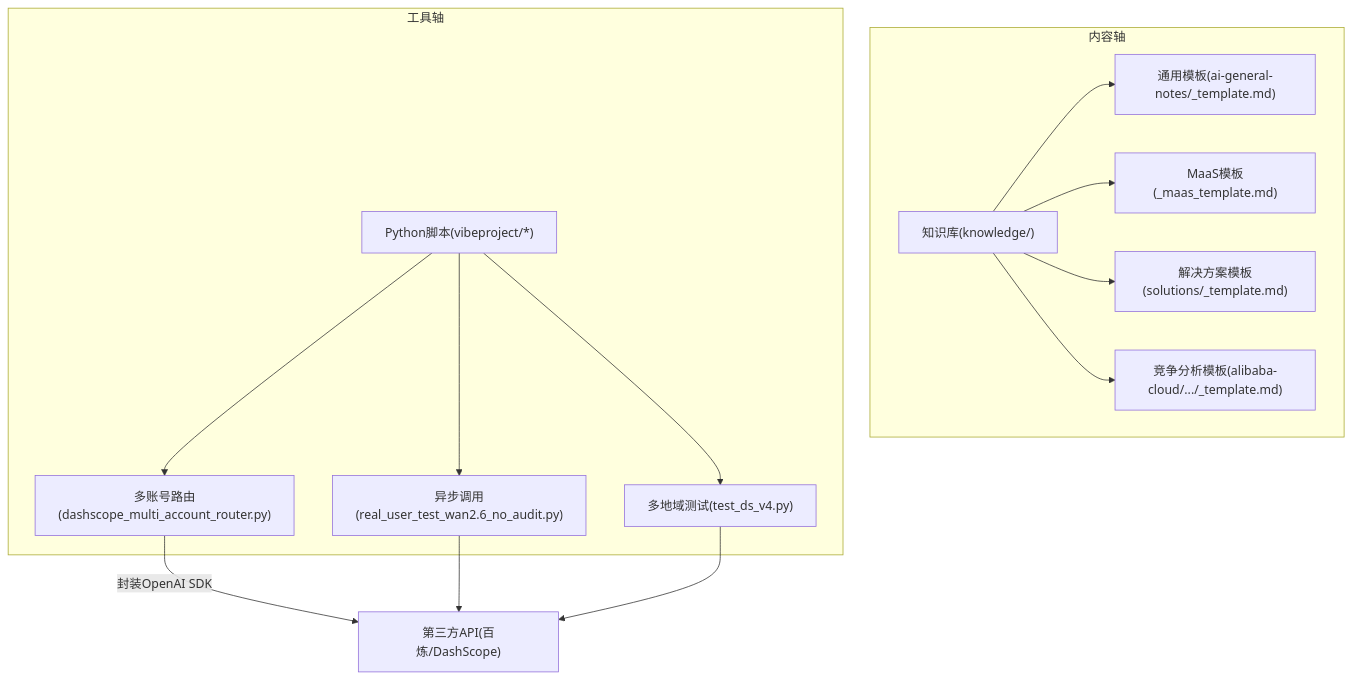
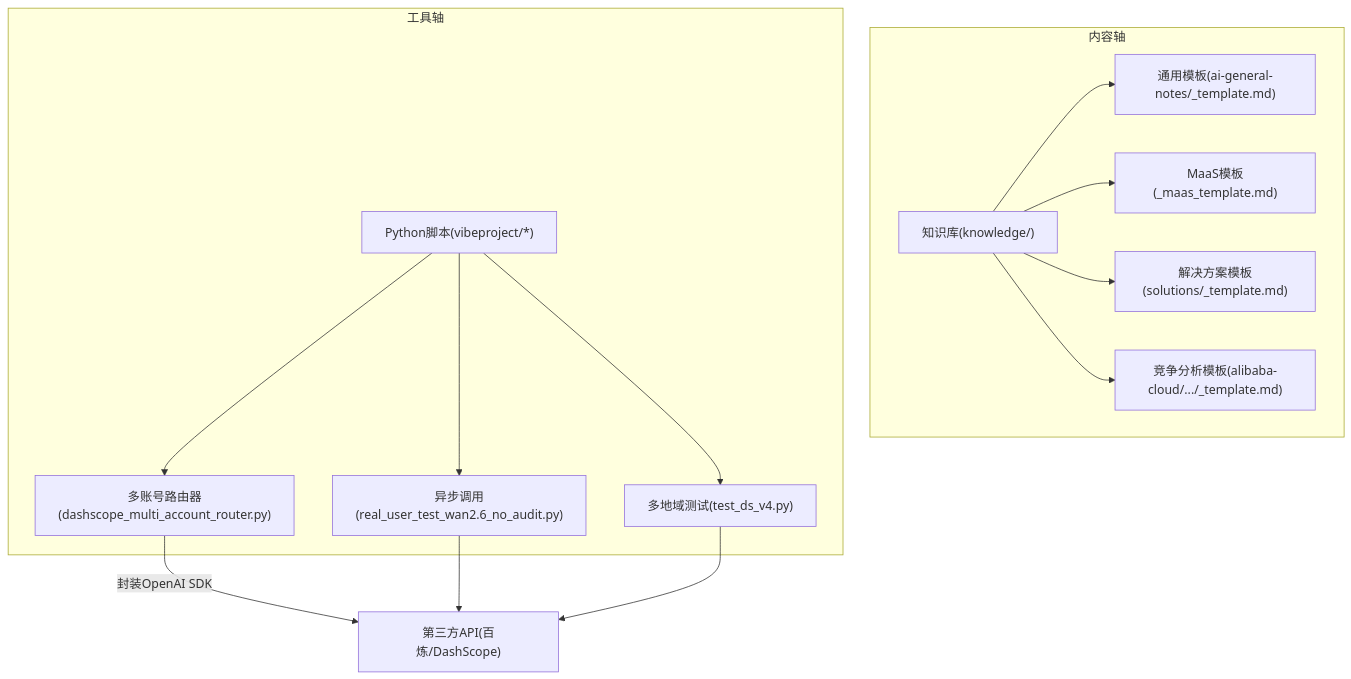
Before and after one commit to EthanNiWorld/AI-Native-SA-2026: the second of 5 diagrams in .qoder/repowiki/zh/content/扩展与定制/系统扩展指南.md, drawn with Mermaid. The commit also changed other lines of this file and 7 other files, not shown here.

````diff
--- a/.qoder/repowiki/zh/content/扩展与定制/系统扩展指南.md
+++ b/.qoder/repowiki/zh/content/扩展与定制/系统扩展指南.md
@@ -79,17 +89,17 @@
 ```mermaid
 graph TB
 subgraph "内容轴"
 K["知识库(knowledge/)"] --> T1["通用模板(ai-general-notes/_template.md)"]
 K --> T2["MaaS模板(_maas_template.md)"]
 K --> T3["解决方案模板(solutions/_template.md)"]
 K --> T4["竞争分析模板(alibaba-cloud/.../_template.md)"]
 end
 subgraph "工具轴"
-P["Python脚本(vibeproject/*)"] --> R["多账号路由(dashscope_multi_account_router.py)"]
+P["Python脚本(vibeproject/*)"] --> R["多账号路由器(dashscope_multi_account_router.py)"]
 P --> W["异步调用(real_user_test_wan2.6_no_audit.py)"]
 P --> D["多地域测试(test_ds_v4.py)"]
 end
 R --> |"封装OpenAI SDK"| API["第三方API(百炼/DashScope)"]
 W --> API
 D --> API
 ```
````
